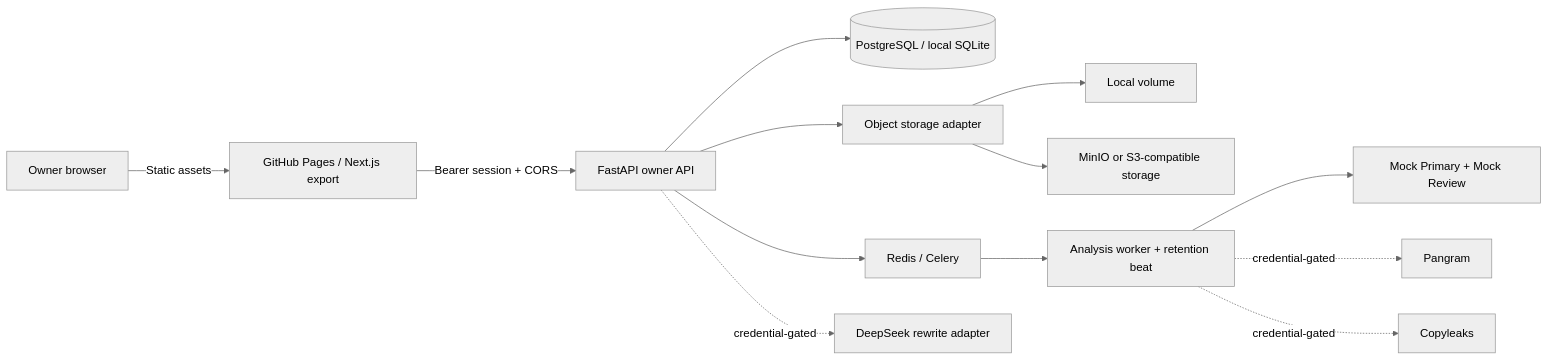
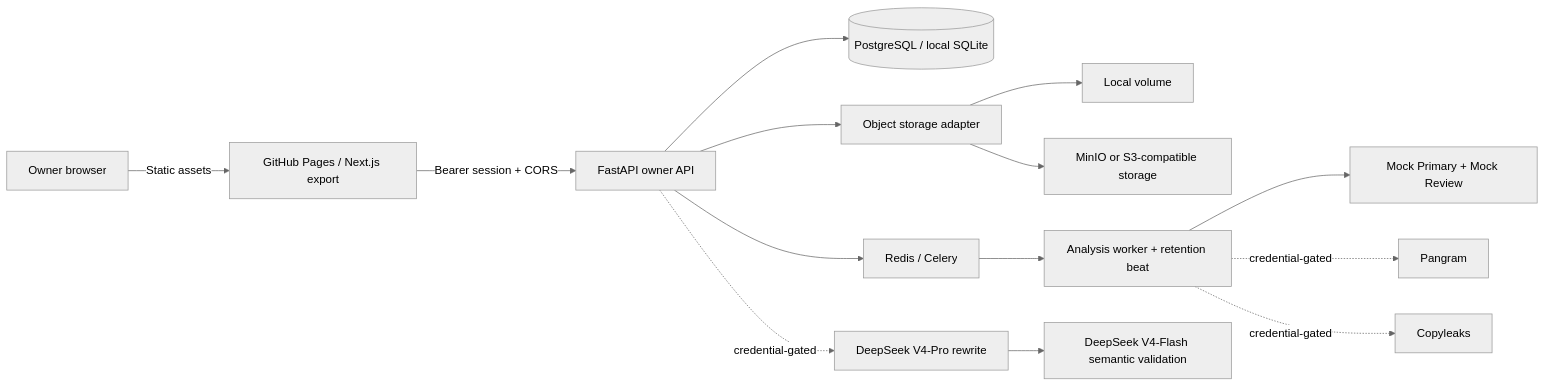
Before and after one commit to k8w98rr595-blip/academic-writing-agent: the diagram in docs/ARCHITECTURE.md, drawn with Mermaid (neutral theme). The commit also changed other lines of this file and 11 other files, not shown here.

Commit message:
feat: integrate DeepSeek V4 rewrite pipeline

````diff
--- a/docs/ARCHITECTURE.md
+++ b/docs/ARCHITECTURE.md
@@ -5,15 +5,16 @@
 ```mermaid
 flowchart LR
   U["Owner browser"] -->|"Static assets"| P["GitHub Pages / Next.js export"]
   P -->|"Bearer session + CORS"| A["FastAPI owner API"]
   A --> D[("PostgreSQL / local SQLite")]
   A --> O["Object storage adapter"]
   O --> L["Local volume"]
   O --> M["MinIO or S3-compatible storage"]
   A --> Q["Redis / Celery"]
   Q --> W["Analysis worker + retention beat"]
   W --> DP["Mock Primary + Mock Review"]
   W -. "credential-gated" .-> PG["Pangram"]
   W -. "credential-gated" .-> CL["Copyleaks"]
-  A -. "credential-gated" .-> DS["DeepSeek rewrite adapter"]
+  A -. "credential-gated" .-> DS["DeepSeek V4-Pro rewrite"]
+  DS --> DV["DeepSeek V4-Flash semantic validation"]
 ```
````
